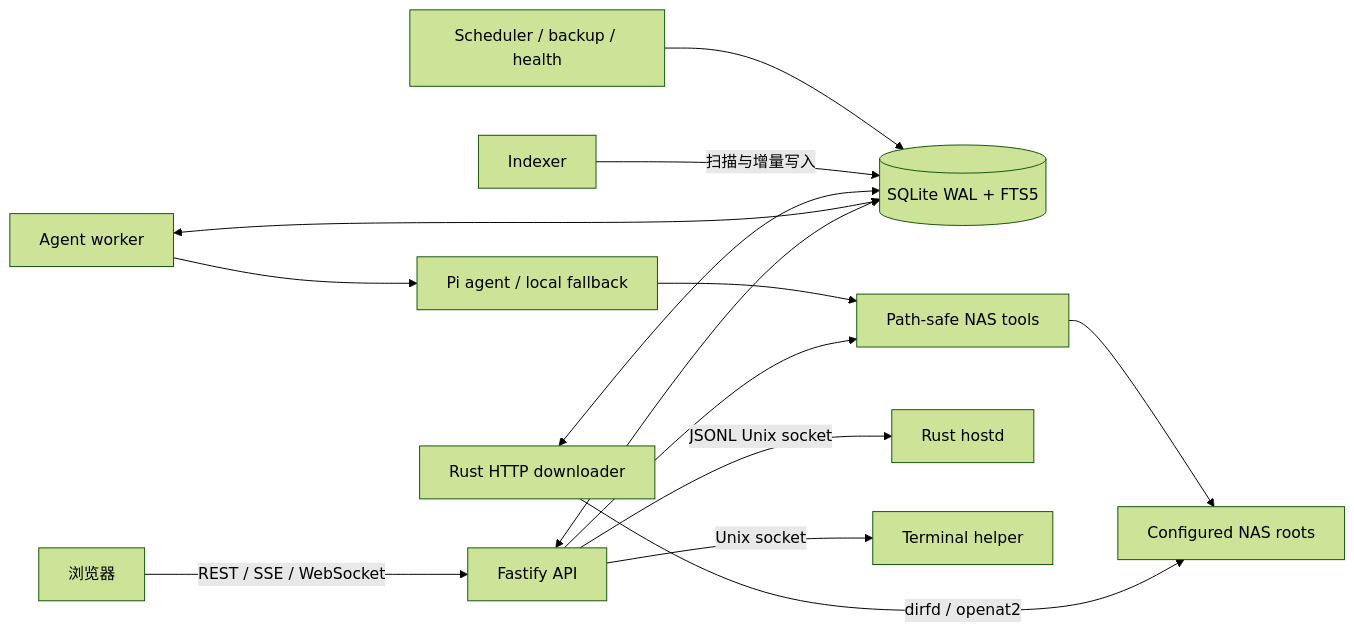
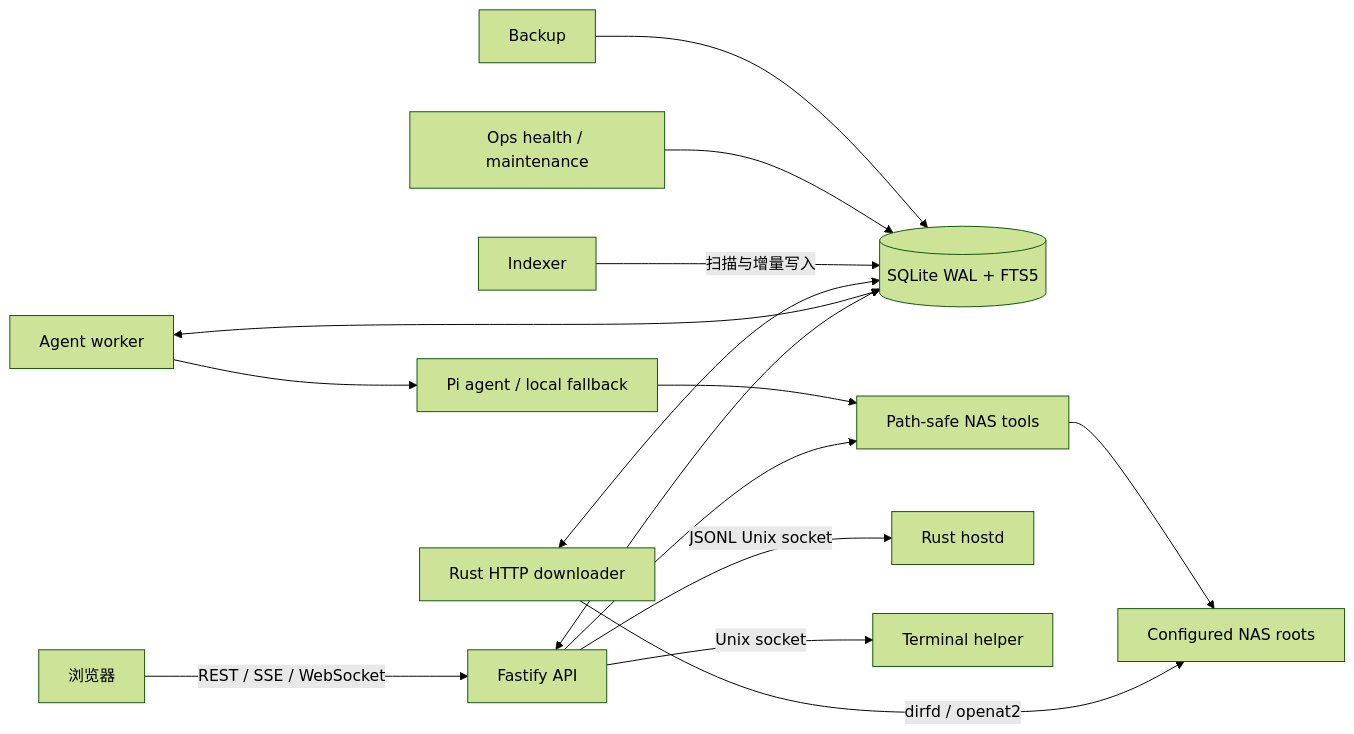
One commit to zhubby/CyberOS changed the diagram in docs/src/content/docs/architecture/system-overview.md. Above: the diagram before and after it, drawn with Mermaid (forest theme). The commit also changed other lines of this file and 111 other files, not shown here.

````diff
--- a/docs/src/content/docs/architecture/system-overview.md
+++ b/docs/src/content/docs/architecture/system-overview.md
@@ -12,16 +12,17 @@
 ```mermaid
 flowchart LR
   Browser[浏览器] -->|REST / SSE / WebSocket| API[Fastify API]
   API <--> DB[(SQLite WAL + FTS5)]
   API --> Tools[Path-safe NAS tools]
   Worker[Agent worker] <--> DB
   Worker --> Agent[Pi agent / local fallback]
   Agent --> Tools
   Downloader[Rust HTTP downloader] <--> DB
   Downloader -->|dirfd / openat2| NAS
   Indexer[Indexer] -->|扫描与增量写入| DB
-  Scheduler[Scheduler / backup / health] --> DB
+  Ops[Ops health / maintenance] --> DB
+  Backup[Backup] --> DB
   API -->|JSONL Unix socket| Hostd[Rust hostd]
   API -->|Unix socket| Terminal[Terminal helper]
   Tools --> NAS[Configured NAS roots]
 ```
````
